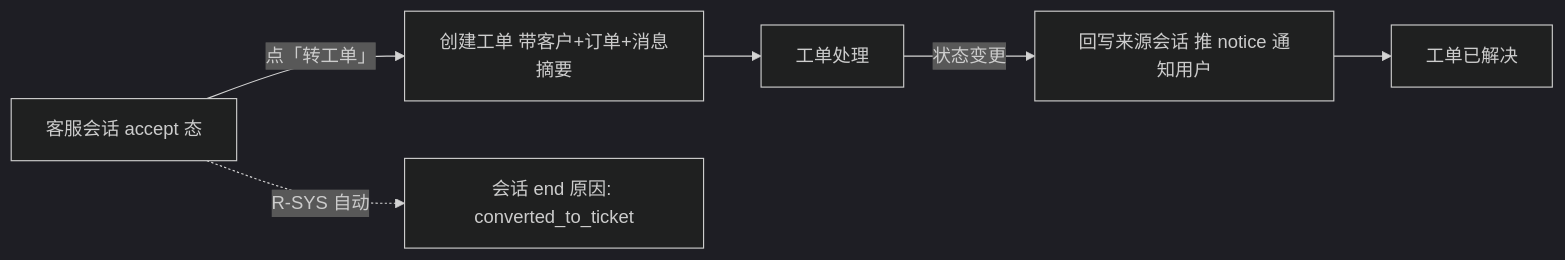
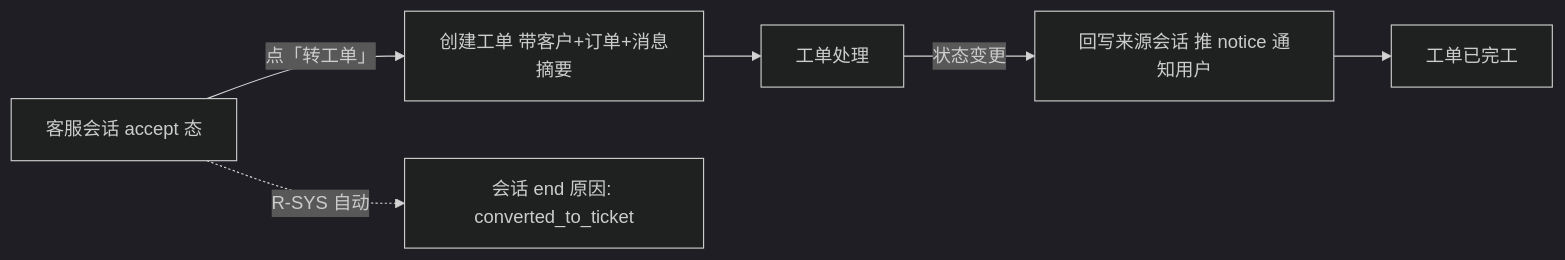
One commit to lyuxiaohei/OCS changed the third of 4 diagrams in prototype-cs/PRD/客服工单/PRD-客服工单-V0.3.md. Above: the diagram before and after it, drawn with Mermaid (dark theme). The commit also changed other lines of this file and 42 other files, not shown here.

````diff
--- a/prototype-cs/PRD/客服工单/PRD-客服工单-V0.3.md
+++ b/prototype-cs/PRD/客服工单/PRD-客服工单-V0.3.md
@@ -293,8 +291,8 @@
 ```mermaid
 flowchart LR
     A[客服会话 accept 态] -->|点「转工单」| B[创建工单 带客户+订单+消息摘要]
     A -.->|R-SYS 自动| A2[会话 end 原因: converted_to_ticket]
     B --> C[工单处理]
     C -->|状态变更| D[回写来源会话 推 notice 通知用户]
-    D --> E[工单已解决]
+    D --> E[工单已完工]
 ```
````
